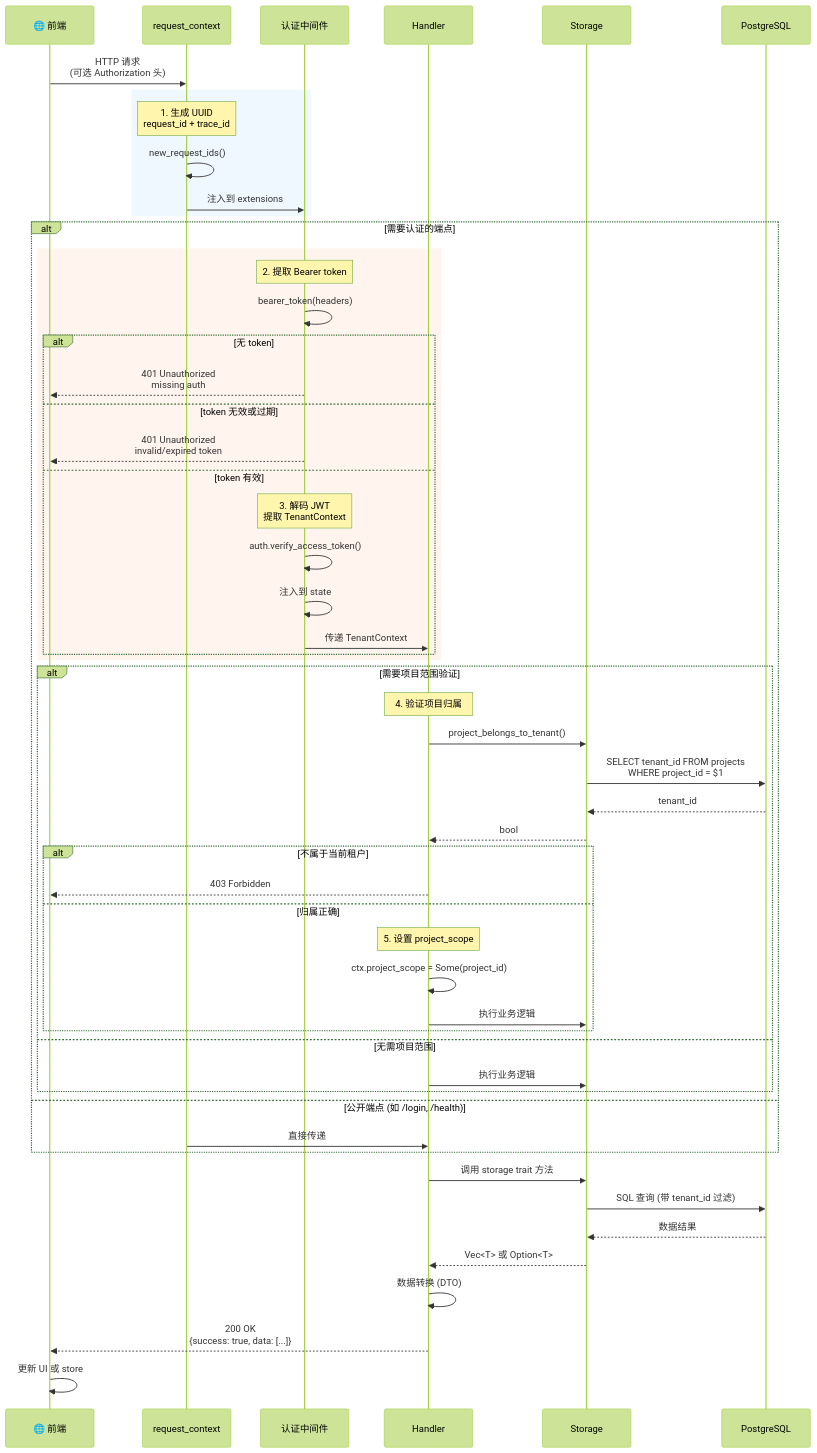
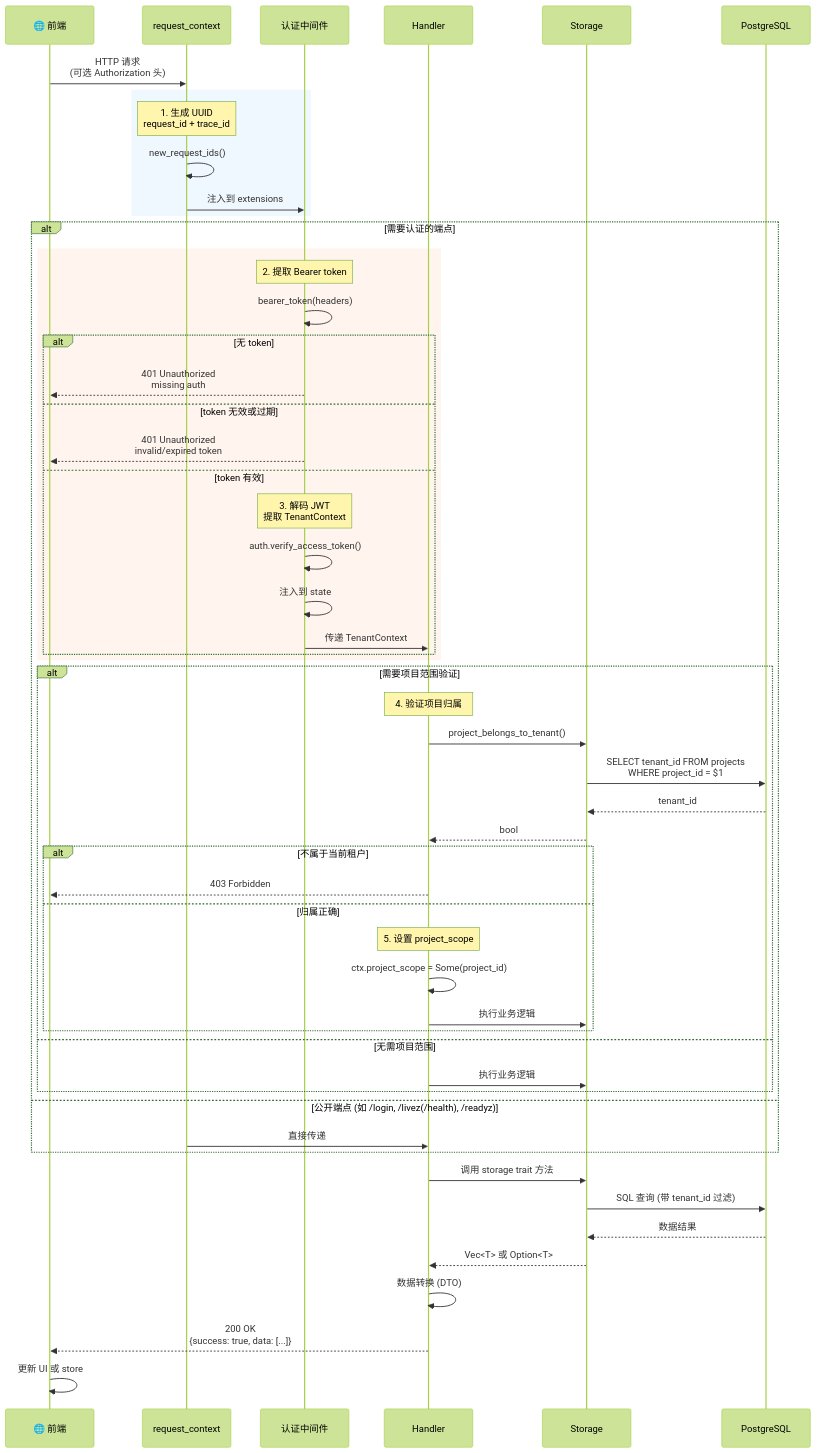
The third of 15 diagrams in PROJECT_FLOW_DIAGRAMS.md (zw834675966/ems), drawn with Mermaid (forest theme) before and after one commit. The commit also changed other lines of this file and 129 other files, not shown here.

````diff
--- a/PROJECT_FLOW_DIAGRAMS.md
+++ b/PROJECT_FLOW_DIAGRAMS.md
@@ -115,63 +127,63 @@
 ```mermaid
 sequenceDiagram
     participant FE as 🌐 前端
     participant MW1 as request_context
     participant MW2 as 认证中间件
     participant Handler as Handler
     participant Storage as Storage
     participant PG as PostgreSQL
 
     FE->>MW1: HTTP 请求<br/>(可选 Authorization 头)
 
     rect rgb(240, 248, 255)
         Note over MW1: 1. 生成 UUID<br/>request_id + trace_id
         MW1->>MW1: new_request_ids()
         MW1->>MW2: 注入到 extensions
     end
 
     alt 需要认证的端点
         rect rgb(255, 245, 238)
             Note over MW2: 2. 提取 Bearer token
             MW2->>MW2: bearer_token(headers)
 
             alt 无 token
                 MW2-->>FE: 401 Unauthorized<br/>missing auth
             else token 无效或过期
                 MW2-->>FE: 401 Unauthorized<br/>invalid/expired token
             else token 有效
                 Note over MW2: 3. 解码 JWT<br/>提取 TenantContext
                 MW2->>MW2: auth.verify_access_token()
                 MW2->>MW2: 注入到 state
                 MW2->>Handler: 传递 TenantContext
             end
         end
 
         alt 需要项目范围验证
             Note over Handler: 4. 验证项目归属
             Handler->>Storage: project_belongs_to_tenant()
             Storage->>PG: SELECT tenant_id FROM projects<br/>WHERE project_id = $1
             PG-->>Storage: tenant_id
             Storage-->>Handler: bool
 
             alt 不属于当前租户
                 Handler-->>FE: 403 Forbidden
             else 归属正确
                 Note over Handler: 5. 设置 project_scope
                 Handler->>Handler: ctx.project_scope = Some(project_id)
                 Handler->>Storage: 执行业务逻辑
             end
         else 无需项目范围
             Handler->>Storage: 执行业务逻辑
         end
-    else 公开端点 (如 /login, /health)
+    else 公开端点 (如 /login, /livez(/health), /readyz)
         MW1->>Handler: 直接传递
     end
 
     Handler->>Storage: 调用 storage trait 方法
     Storage->>PG: SQL 查询 (带 tenant_id 过滤)
     PG-->>Storage: 数据结果
     Storage-->>Handler: Vec<T> 或 Option<T>
     Handler->>Handler: 数据转换 (DTO)
     Handler-->>FE: 200 OK<br/>{success: true, data: [...]}
     FE->>FE: 更新 UI 或 store
 ```
````
